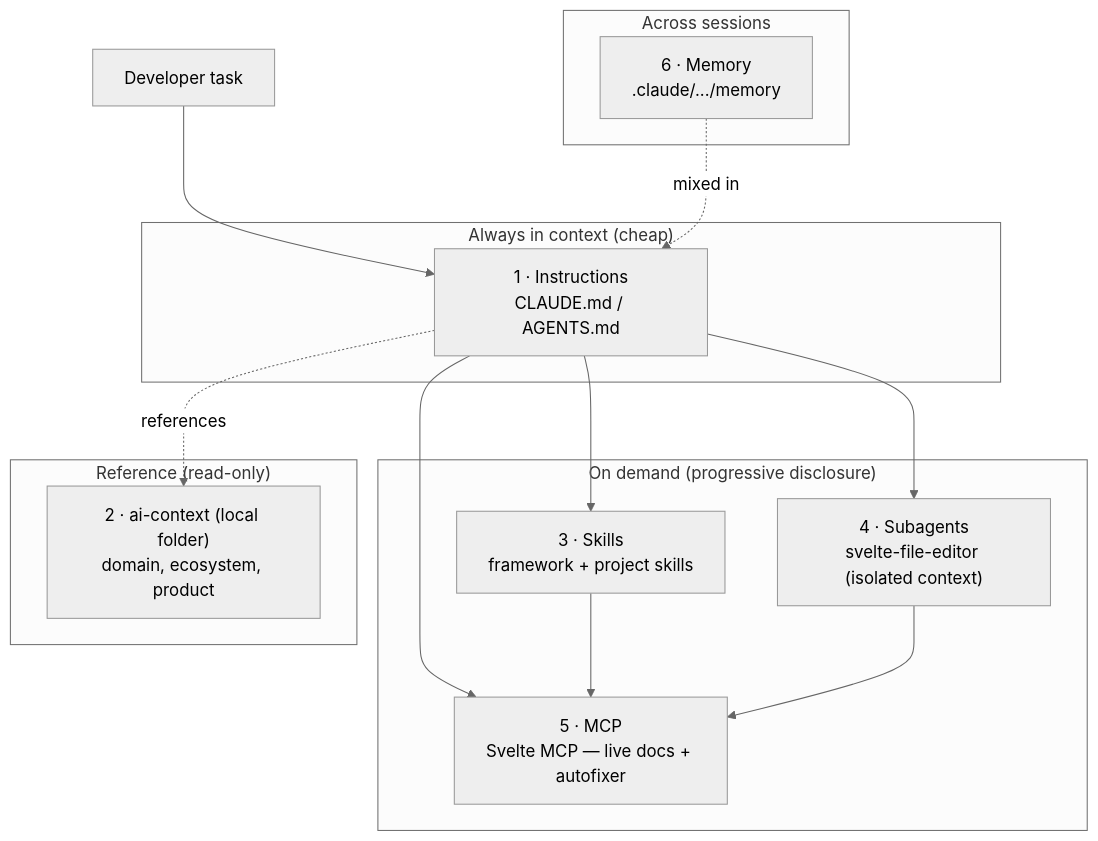
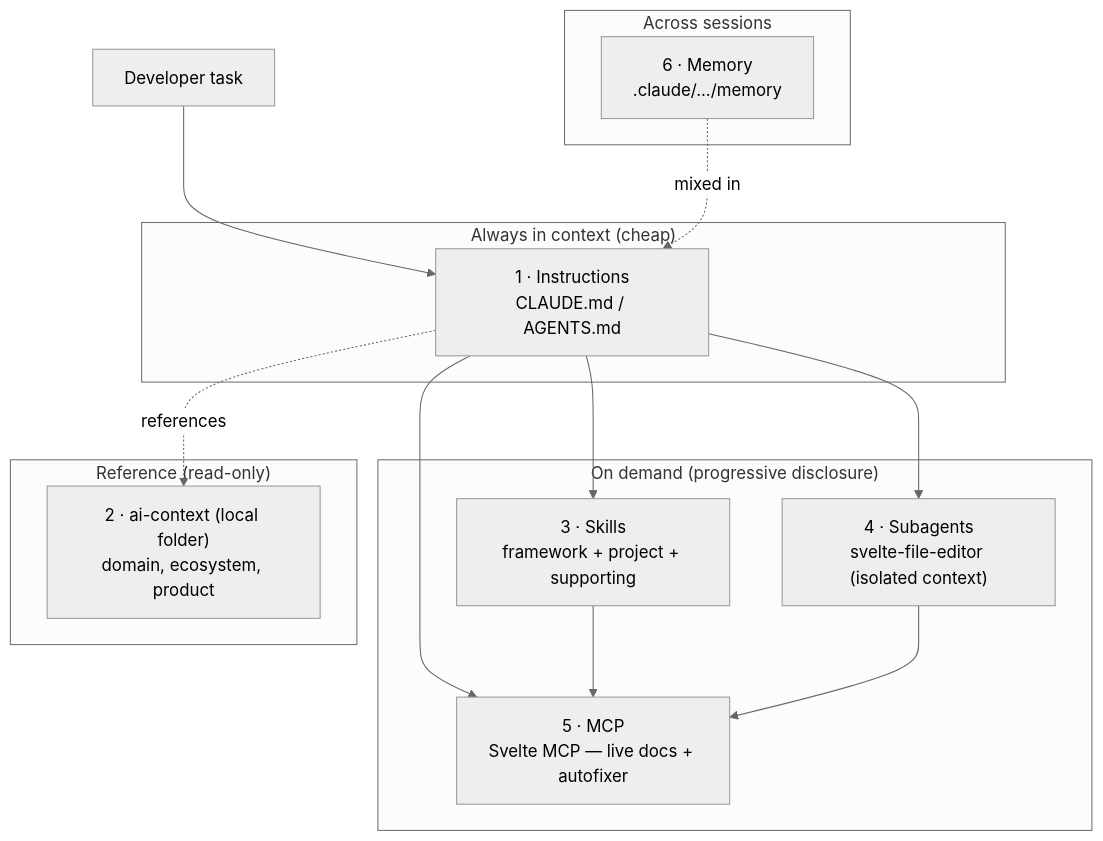
One commit to cadbos/CadbosUI changed the diagram in docs/ai-development/architecture.md. Above: the diagram before and after it, drawn with Mermaid (neutral theme). The commit also changed other lines of this file and 5 other files, not shown here.

````diff
--- a/docs/ai-development/architecture.md
+++ b/docs/ai-development/architecture.md
@@ -34,28 +34,28 @@
 ```mermaid
 flowchart TD
     Task[Developer task] --> L1
 
     subgraph AlwaysOn["Always in context (cheap)"]
       L1["1 · Instructions\nCLAUDE.md / AGENTS.md"]
     end
 
     subgraph OnDemand["On demand (progressive disclosure)"]
-      L3["3 · Skills\nframework + project skills"]
+      L3["3 · Skills\nframework + project + supporting"]
       L4["4 · Subagents\nsvelte-file-editor (isolated context)"]
       L5["5 · MCP\nSvelte MCP — live docs + autofixer"]
     end
 
     subgraph Reference["Reference (read-only)"]
       L2["2 · ai-context (local folder)\ndomain, ecosystem, product"]
     end
 
     subgraph Persistent["Across sessions"]
       L6["6 · Memory\n.claude/.../memory"]
     end
 
     L1 --> L3 & L4 & L5
     L1 -.references.-> L2
     L3 --> L5
     L4 --> L5
     L6 -.mixed in.-> L1
 ```
````
